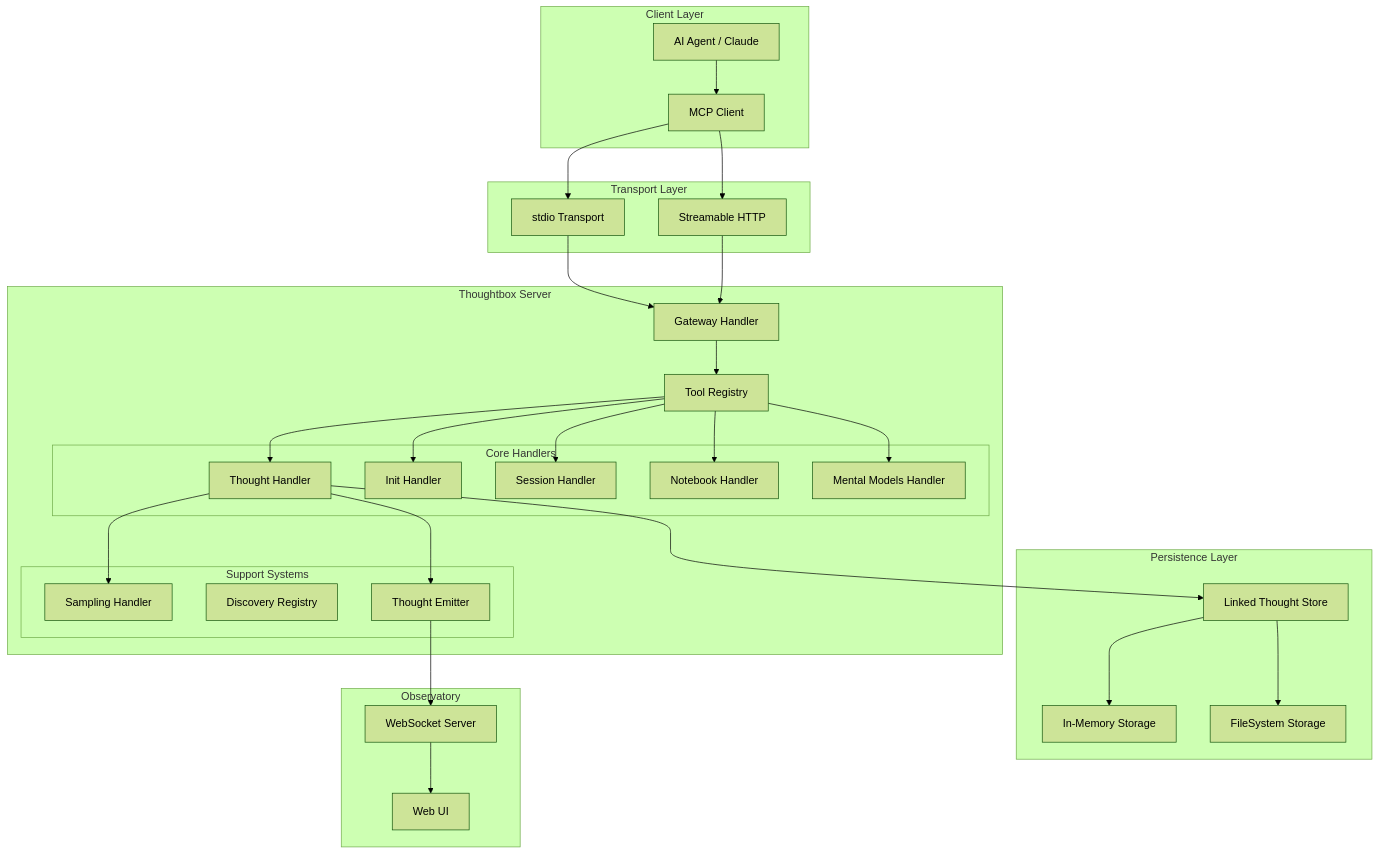
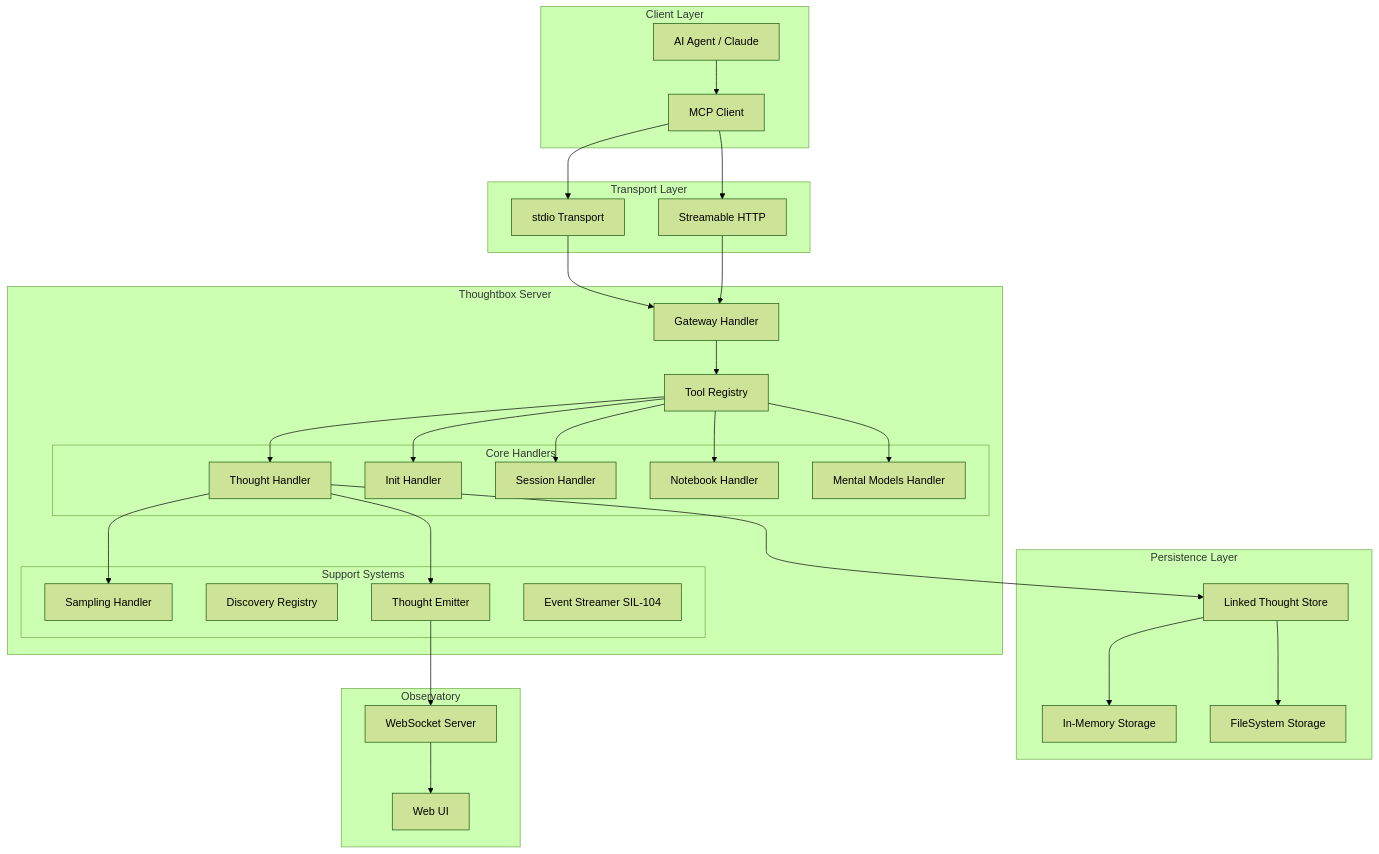
Before and after one commit to Kastalien-Research/thoughtbox: the first of 10 diagrams in docs/docs-for-llms/ARCHITECTURE.md, drawn with Mermaid (forest theme). The commit also changed other lines of this file and 7 other files, not shown here.

````diff
--- a/docs/docs-for-llms/ARCHITECTURE.md
+++ b/docs/docs-for-llms/ARCHITECTURE.md
@@ -30,61 +33,62 @@
 ```mermaid
 graph TB
     subgraph "Client Layer"
         Agent[AI Agent / Claude]
         Client[MCP Client]
     end
 
     subgraph "Transport Layer"
         STDIO[stdio Transport]
         HTTP[Streamable HTTP]
     end
 
     subgraph "Thoughtbox Server"
         Gateway[Gateway Handler]
         Registry[Tool Registry]
 
         subgraph "Core Handlers"
             Thought[Thought Handler]
             Init[Init Handler]
             Session[Session Handler]
             Notebook[Notebook Handler]
             MentalModels[Mental Models Handler]
         end
 
         subgraph "Support Systems"
             Sampling[Sampling Handler]
             Discovery[Discovery Registry]
             Emitter[Thought Emitter]
+            Events[Event Streamer SIL-104]
         end
     end
 
     subgraph "Persistence Layer"
         InMemory[In-Memory Storage]
         FileSystem[FileSystem Storage]
         LinkedStore[Linked Thought Store]
     end
 
     subgraph "Observatory"
         WSServer[WebSocket Server]
         UI[Web UI]
     end
 
     Agent --> Client
     Client --> STDIO
     Client --> HTTP
     STDIO --> Gateway
     HTTP --> Gateway
     Gateway --> Registry
     Registry --> Thought
     Registry --> Init
     Registry --> Session
     Registry --> Notebook
     Registry --> MentalModels
     Thought --> Sampling
     Thought --> Emitter
     Thought --> LinkedStore
     LinkedStore --> InMemory
     LinkedStore --> FileSystem
     Emitter --> WSServer
     WSServer --> UI
 ```
````
